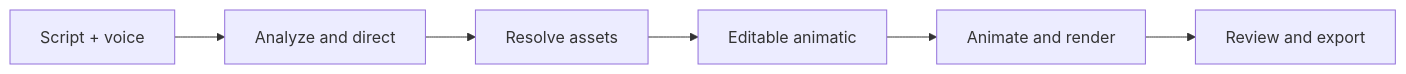
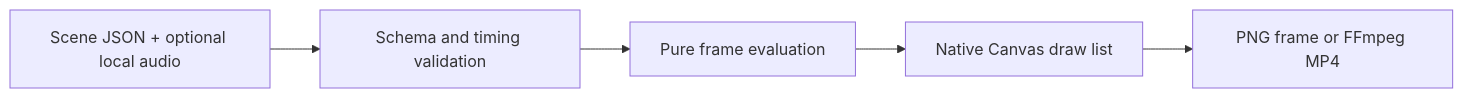
The diagram in README.md (Tejaa11/rachana-engine-2d), drawn with Mermaid before and after one commit. The commit also changed other lines of this file and 55 other files, not shown here.

Commit message:
Add narration-anchored scene runtime and local render CLI (#1)

````diff
--- a/README.md
+++ b/README.md
@@ -29,8 +68,7 @@
 ```mermaid
 flowchart LR
-    A[Script + voice] --> B[Analyze and direct]
-    B --> C[Resolve assets]
-    C --> D[Editable animatic]
-    D --> E[Animate and render]
-    E --> F[Review and export]
+    A[Scene JSON + optional local audio] --> B[Schema and timing validation]
+    B --> C[Pure frame evaluation]
+    C --> D[Native Canvas draw list]
+    D --> E[PNG frame or FFmpeg MP4]
 ```
````
